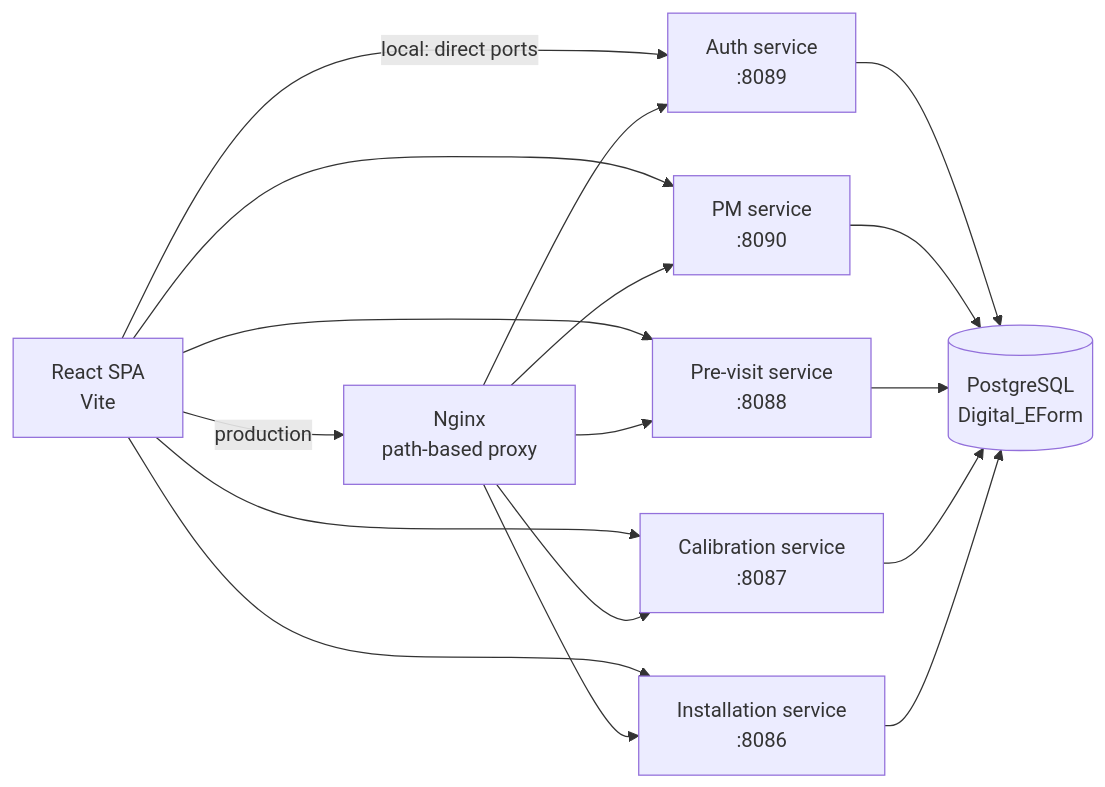
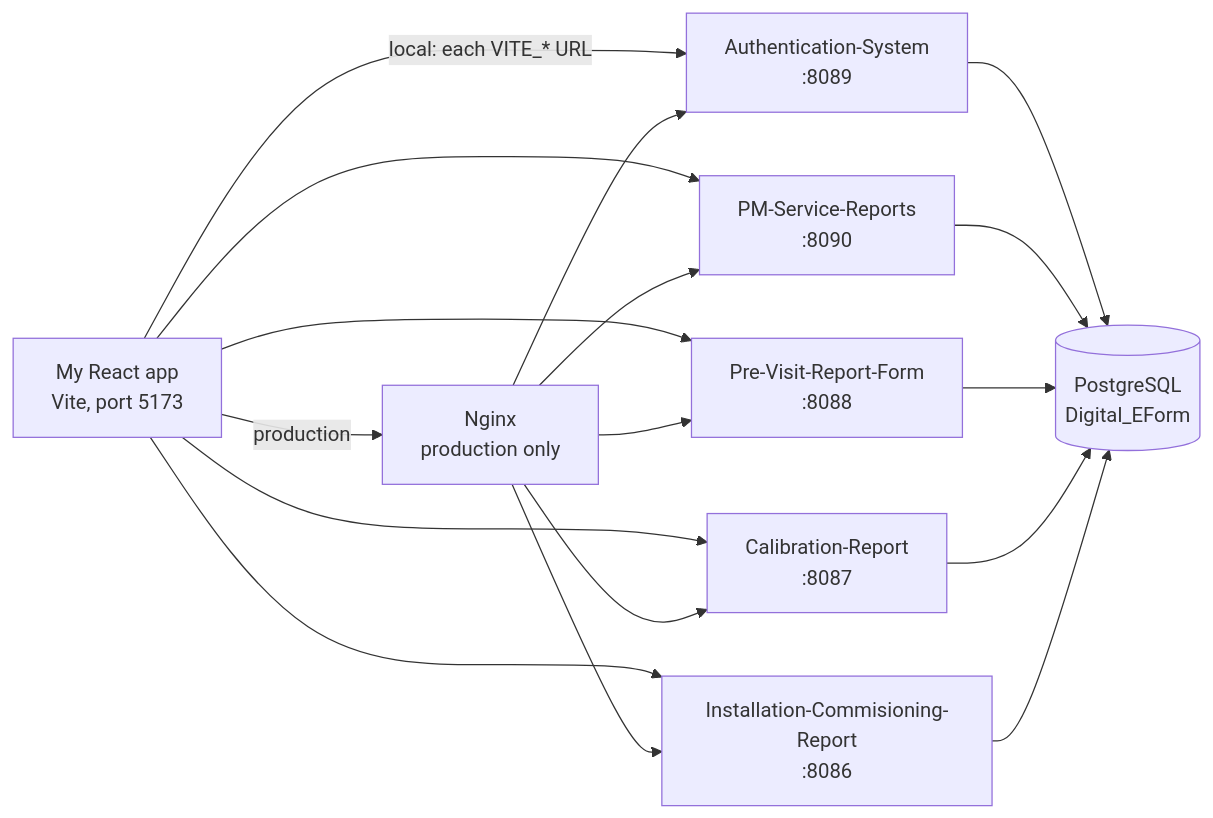
One commit to aniketSingh4/Digital_EForm_New changed the diagram in technical-interview.md. Above: the diagram before and after it, drawn with Mermaid. The commit also changed other lines of this file, not shown here.

````diff
--- a/technical-interview.md
+++ b/technical-interview.md
@@ -66,28 +50,28 @@
 ```mermaid
 flowchart LR
-  Browser["React SPA\nVite"]
-  Nginx["Nginx\npath-based proxy"]
-  Auth["Auth service\n:8089"]
-  PM["PM service\n:8090"]
-  Pre["Pre-visit service\n:8088"]
-  Cal["Calibration service\n:8087"]
-  Inst["Installation service\n:8086"]
+  Browser["My React app\nVite, port 5173"]
+  Nginx["Nginx\nproduction only"]
+  Auth["Authentication-System\n:8089"]
+  PM["PM-Service-Reports\n:8090"]
+  Pre["Pre-Visit-Report-Form\n:8088"]
+  Cal["Calibration-Report\n:8087"]
+  Inst["Installation-Commisioning-Report\n:8086"]
   DB[("PostgreSQL\nDigital_EForm")]
 
-  Browser -->|"local: direct ports"| Auth
+  Browser -->|"local: each VITE_* URL"| Auth
   Browser --> PM
   Browser --> Pre
   Browser --> Cal
   Browser --> Inst
   Browser -->|"production"| Nginx
   Nginx --> Auth
   Nginx --> PM
   Nginx --> Pre
   Nginx --> Cal
   Nginx --> Inst
   Auth --> DB
   PM --> DB
   Pre --> DB
   Cal --> DB
   Inst --> DB
 ```
````
